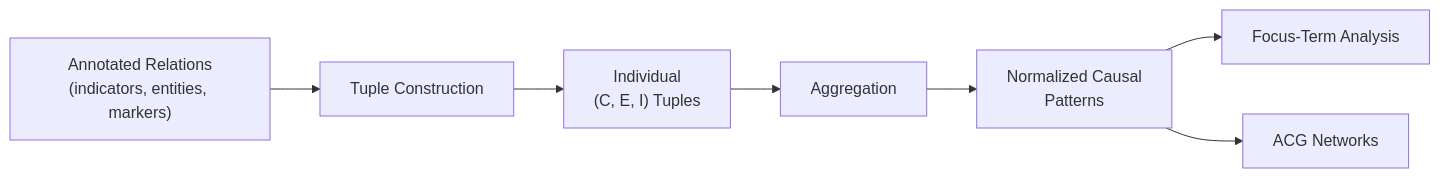
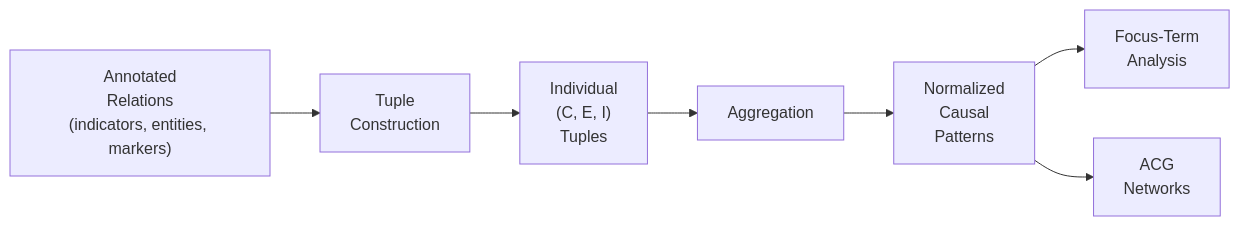
The diagram in processing/processing.qmd (padjohn/causalsemantics), drawn with Mermaid before and after one commit. The commit also changed 11 other files, not shown here.

````diff
--- a/processing/processing.qmd
+++ b/processing/processing.qmd
@@ -10,9 +10,9 @@
 ```{mermaid}
 graph LR
-    A["Annotated Relations<br/>(indicators, entities, markers)"] --> B["Tuple Construction"]
-    B --> C["Individual<br/>(C, E, I) Tuples"]
+    A["Annotated<br/>Relations<br/>(indicators, entities, markers)"] --> B["Tuple<br/>Construction"]
+    B --> C["Individual<br/>(C, E, I)<br/>Tuples"]
     C --> D["Aggregation"]
-    D --> E["Normalized Causal<br/>Patterns"]
-    E --> F["Focus-Term Analysis"]
-    E --> G["ACG Networks"]
+    D --> E["Normalized<br/>Causal<br/>Patterns"]
+    E --> F["Focus-Term<br/>Analysis"]
+    E --> G["ACG<br/>Networks"]
 ```
````
